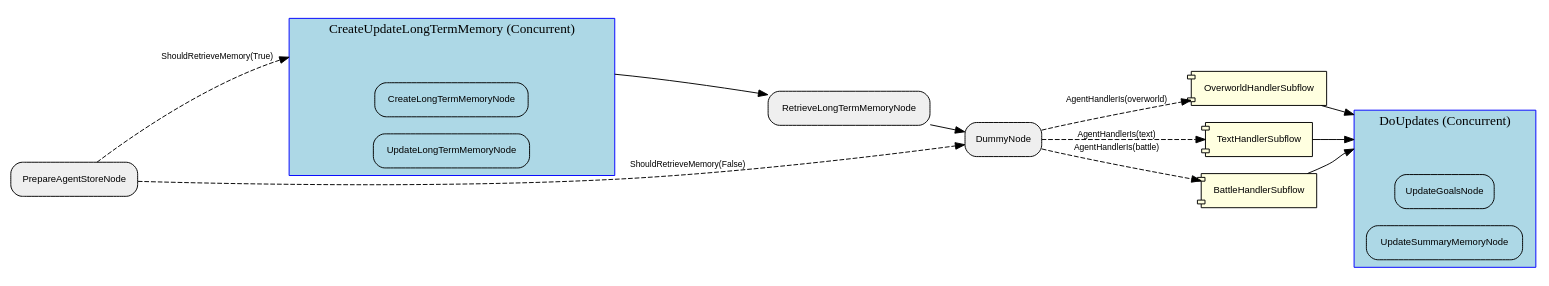
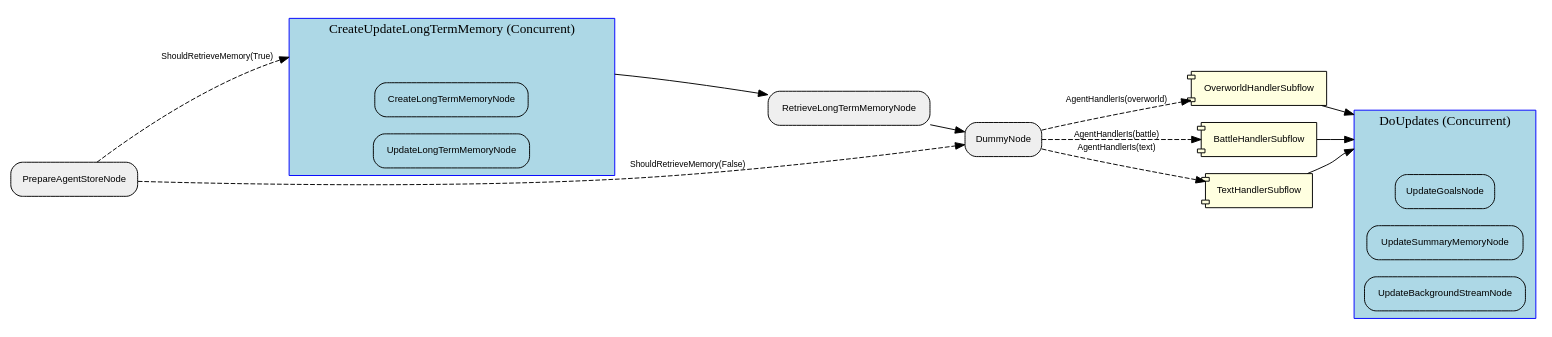
The diagram in visualization/agent_graph/Graph.dot (clambro/ai-plays-pokemon), drawn with Graphviz before and after one commit. The commit also changed 41 other files, not shown here.

```diff
--- a/visualization/agent_graph/Graph.dot
+++ b/visualization/agent_graph/Graph.dot
@@ -1,44 +1,46 @@
 digraph "G" {
   rankdir=LR;
   compound=true;
   node [shape=box, style="rounded,filled", fillcolor="#EFEFEF", fontname="Helvetica", fontsize=10];
   edge [fontname="Helvetica", fontsize=9];
-  subgraph "cluster_JGq9sCPgxi1tHCfcz06JY" {
+  subgraph "cluster_2D0KoKxn5NUGGwOTj231R" {
     label="DoUpdates (Concurrent)";
     style="filled"; fillcolor="lightblue"; color="blue";
     node [fillcolor="lightblue", style="filled,rounded"];
-    "JGq9sCPgxi1tHCfcz06JY__entry" [label="", shape=point, width=0.01, style=invis];
-    "JGq9sCPgxi1tHCfcz06JY__exit"  [label="", shape=point, width=0.01, style=invis];
-    "2o1RvuAEXn2FleXSXplq2" [label="UpdateGoalsNode"];
-    NWH3OOylPbWylCmGtejfR [label="UpdateSummaryMemoryNode"];
+    "2D0KoKxn5NUGGwOTj231R__entry" [label="", shape=point, width=0.01, style=invis];
+    "2D0KoKxn5NUGGwOTj231R__exit"  [label="", shape=point, width=0.01, style=invis];
+    iB7zfQtHu3mCeLPs9P3Up [label="UpdateGoalsNode"];
+    QU5TuuSJ8SM7s4VZJGutV [label="UpdateSummaryMemoryNode"];
+    uL5oxFUM4hSXXC4iqaIGP [label="UpdateBackgroundStreamNode"];
   }
-  subgraph "cluster_xABv6cNYaWi9MfQIBCD30" {
+  subgraph "cluster_Wu27l3X7fRLiAvLobb59u" {
     label="CreateUpdateLongTermMemory (Concurrent)";
     style="filled"; fillcolor="lightblue"; color="blue";
     node [fillcolor="lightblue", style="filled,rounded"];
-    "xABv6cNYaWi9MfQIBCD30__entry" [label="", shape=point, width=0.01, style=invis];
-    "xABv6cNYaWi9MfQIBCD30__exit"  [label="", shape=point, width=0.01, style=invis];
-    BsjMNR5IkjlHKLPOftcOI [label="CreateLongTermMemoryNode"];
-    L7EPXsMKKDWFwXnYLIaRp [label="UpdateLongTermMemoryNode"];
+    "Wu27l3X7fRLiAvLobb59u__entry" [label="", shape=point, width=0.01, style=invis];
+    "Wu27l3X7fRLiAvLobb59u__exit"  [label="", shape=point, width=0.01, style=invis];
+    MEHYqKM2ltUfVGy5lz9f6 [label="CreateLongTermMemoryNode"];
+    LcsrSq24pxVNU2TF7nFI9 [label="UpdateLongTermMemoryNode"];
   }
-  p2BunglakzT3PH7r0vT4v [label="OverworldHandlerSubflow", shape=component, style="filled,rounded", fillcolor="lightyellow"];
-  BsjMNR5IkjlHKLPOftcOI [label="CreateLongTermMemoryNode"];
-  S2X9mxsO1OiXV97kM9rck [label="PrepareAgentStoreNode"];
-  NWH3OOylPbWylCmGtejfR [label="UpdateSummaryMemoryNode"];
-  kjUtf0mXp58joh3djEdgk [label="DummyNode"];
-  L7EPXsMKKDWFwXnYLIaRp [label="UpdateLongTermMemoryNode"];
-  VhkKloVvrB7suKe0JM2gk [label="RetrieveLongTermMemoryNode"];
-  "0vqHqJJrPTGPMk0PhDn3t" [label="TextHandlerSubflow", shape=component, style="filled,rounded", fillcolor="lightyellow"];
-  "2o1RvuAEXn2FleXSXplq2" [label="UpdateGoalsNode"];
-  KHuGZxU6hgQoJXTMV5ZJq [label="BattleHandlerSubflow", shape=component, style="filled,rounded", fillcolor="lightyellow"];
-  S2X9mxsO1OiXV97kM9rck -> xABv6cNYaWi9MfQIBCD30__entry [lhead="cluster_xABv6cNYaWi9MfQIBCD30", style="dashed", label="ShouldRetrieveMemory(True)"];
-  xABv6cNYaWi9MfQIBCD30__exit -> VhkKloVvrB7suKe0JM2gk [ltail="cluster_xABv6cNYaWi9MfQIBCD30", style="solid"];
-  S2X9mxsO1OiXV97kM9rck -> kjUtf0mXp58joh3djEdgk [style="dashed", label="ShouldRetrieveMemory(False)"];
-  VhkKloVvrB7suKe0JM2gk -> kjUtf0mXp58joh3djEdgk [style="solid"];
-  kjUtf0mXp58joh3djEdgk -> p2BunglakzT3PH7r0vT4v [style="dashed", label="AgentHandlerIs(overworld)"];
-  kjUtf0mXp58joh3djEdgk -> KHuGZxU6hgQoJXTMV5ZJq [style="dashed", label="AgentHandlerIs(battle)"];
-  kjUtf0mXp58joh3djEdgk -> "0vqHqJJrPTGPMk0PhDn3t" [style="dashed", label="AgentHandlerIs(text)"];
-  "0vqHqJJrPTGPMk0PhDn3t" -> JGq9sCPgxi1tHCfcz06JY__entry [lhead="cluster_JGq9sCPgxi1tHCfcz06JY", style="solid"];
-  KHuGZxU6hgQoJXTMV5ZJq -> JGq9sCPgxi1tHCfcz06JY__entry [lhead="cluster_JGq9sCPgxi1tHCfcz06JY", style="solid"];
-  p2BunglakzT3PH7r0vT4v -> JGq9sCPgxi1tHCfcz06JY__entry [lhead="cluster_JGq9sCPgxi1tHCfcz06JY", style="solid"];
+  hJfREhtHwu9QXVx1RhPXZ [label="DummyNode"];
+  QU5TuuSJ8SM7s4VZJGutV [label="UpdateSummaryMemoryNode"];
+  PWzfP64HGf6P0sPGQjgLr [label="OverworldHandlerSubflow", shape=component, style="filled,rounded", fillcolor="lightyellow"];
+  vmZxaLjYjcb4FFYGCL5YL [label="RetrieveLongTermMemoryNode"];
+  PCPUPZqDyBn2V3zPvwliE [label="BattleHandlerSubflow", shape=component, style="filled,rounded", fillcolor="lightyellow"];
+  iB7zfQtHu3mCeLPs9P3Up [label="UpdateGoalsNode"];
+  uL5oxFUM4hSXXC4iqaIGP [label="UpdateBackgroundStreamNode"];
+  MEHYqKM2ltUfVGy5lz9f6 [label="CreateLongTermMemoryNode"];
+  TXDWbj3iuO7YhtR3Cyd3u [label="PrepareAgentStoreNode"];
+  LcsrSq24pxVNU2TF7nFI9 [label="UpdateLongTermMemoryNode"];
+  GRSKEcriui0RX5L0mzUCe [label="TextHandlerSubflow", shape=component, style="filled,rounded", fillcolor="lightyellow"];
+  TXDWbj3iuO7YhtR3Cyd3u -> Wu27l3X7fRLiAvLobb59u__entry [lhead="cluster_Wu27l3X7fRLiAvLobb59u", style="dashed", label="ShouldRetrieveMemory(True)"];
+  Wu27l3X7fRLiAvLobb59u__exit -> vmZxaLjYjcb4FFYGCL5YL [ltail="cluster_Wu27l3X7fRLiAvLobb59u", style="solid"];
+  TXDWbj3iuO7YhtR3Cyd3u -> hJfREhtHwu9QXVx1RhPXZ [style="dashed", label="ShouldRetrieveMemory(False)"];
+  vmZxaLjYjcb4FFYGCL5YL -> hJfREhtHwu9QXVx1RhPXZ [style="solid"];
+  hJfREhtHwu9QXVx1RhPXZ -> PWzfP64HGf6P0sPGQjgLr [style="dashed", label="AgentHandlerIs(overworld)"];
+  hJfREhtHwu9QXVx1RhPXZ -> PCPUPZqDyBn2V3zPvwliE [style="dashed", label="AgentHandlerIs(battle)"];
+  hJfREhtHwu9QXVx1RhPXZ -> GRSKEcriui0RX5L0mzUCe [style="dashed", label="AgentHandlerIs(text)"];
+  GRSKEcriui0RX5L0mzUCe -> "2D0KoKxn5NUGGwOTj231R__entry" [lhead="cluster_2D0KoKxn5NUGGwOTj231R", style="solid"];
+  PCPUPZqDyBn2V3zPvwliE -> "2D0KoKxn5NUGGwOTj231R__entry" [lhead="cluster_2D0KoKxn5NUGGwOTj231R", style="solid"];
+  PWzfP64HGf6P0sPGQjgLr -> "2D0KoKxn5NUGGwOTj231R__entry" [lhead="cluster_2D0KoKxn5NUGGwOTj231R", style="solid"];
 }
```
